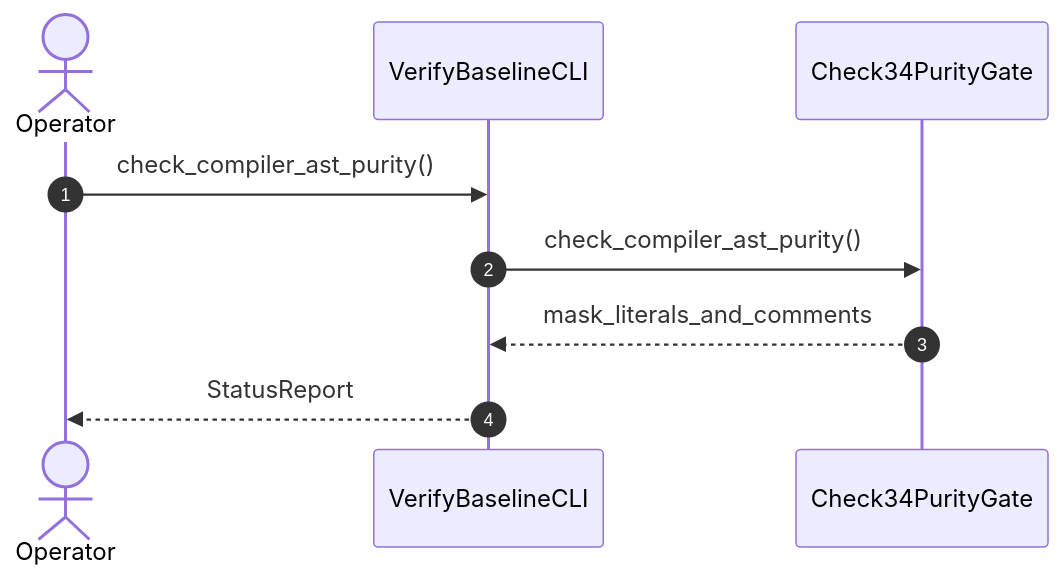
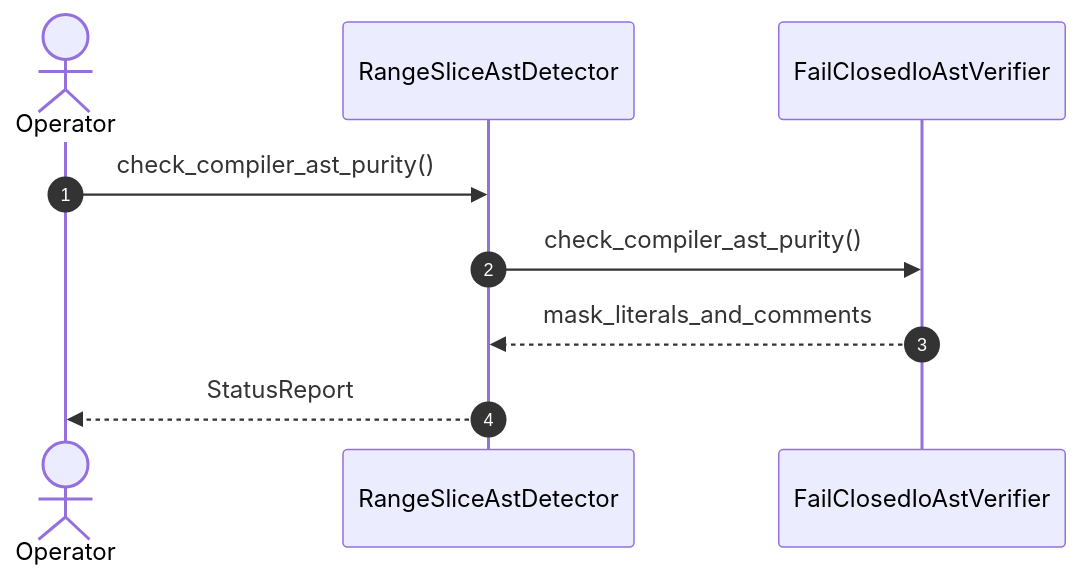
The diagram in .pipeline/upstream/docs/user-stories/US-06-check_compiler_ast_purity.md (gintatkinson/DEAP01-spec-core), drawn with Mermaid before and after one commit. The commit also changed other lines of this file and 179 other files, not shown here.

Commit message:
fix(compiler): remediate upstream specification forward projection, diagram synthesis, and GitHub blob URL resolution

````diff
--- a/.pipeline/upstream/docs/user-stories/US-06-check_compiler_ast_purity.md
+++ b/.pipeline/upstream/docs/user-stories/US-06-check_compiler_ast_purity.md
@@ -16,11 +16,11 @@
 ```mermaid
 sequenceDiagram
     autonumber
     actor Operator
-    participant VerifyBaselineCLI
-    participant Check34PurityGate
-    Operator->>VerifyBaselineCLI: check_compiler_ast_purity()
-    VerifyBaselineCLI->>Check34PurityGate: check_compiler_ast_purity()
-    Check34PurityGate-->>VerifyBaselineCLI: mask_literals_and_comments
-    VerifyBaselineCLI-->>Operator: StatusReport
+    participant RangeSliceAstDetector
+    participant FailClosedIoAstVerifier
+    Operator->>RangeSliceAstDetector: check_compiler_ast_purity()
+    RangeSliceAstDetector->>FailClosedIoAstVerifier: check_compiler_ast_purity()
+    FailClosedIoAstVerifier-->>RangeSliceAstDetector: mask_literals_and_comments
+    RangeSliceAstDetector-->>Operator: StatusReport
 ```
````
